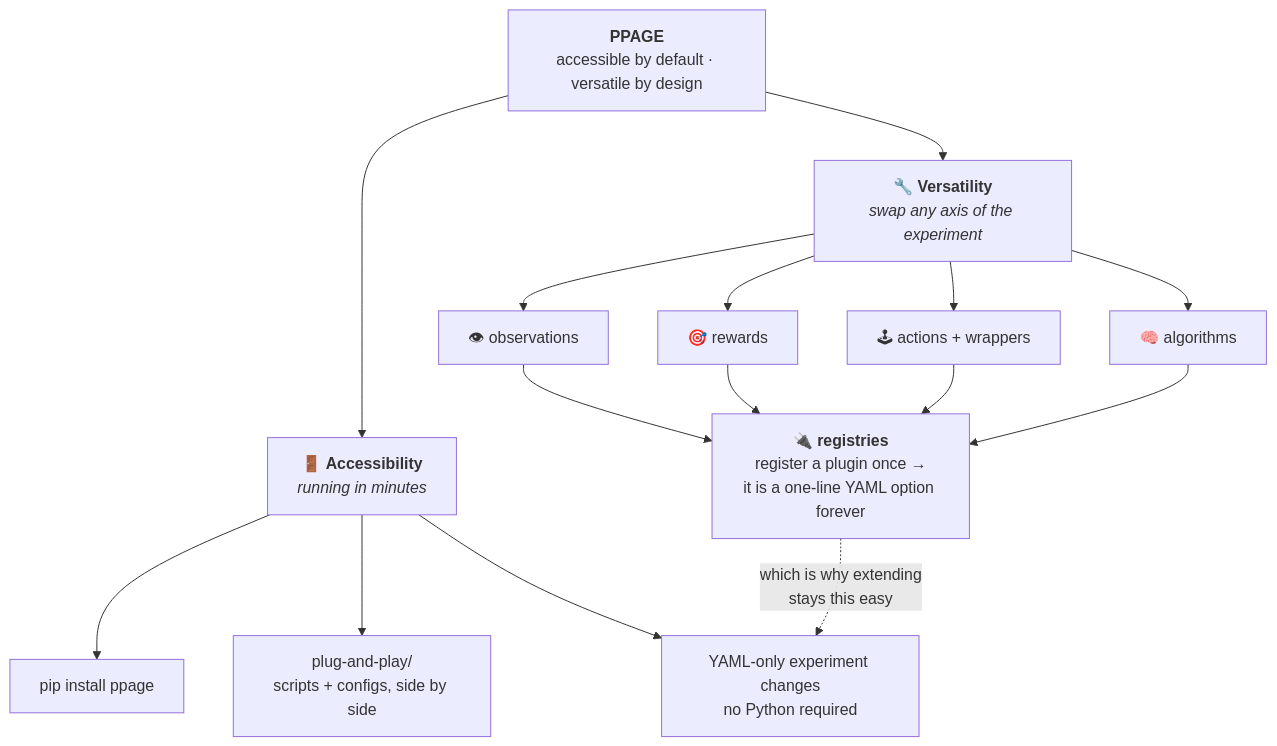
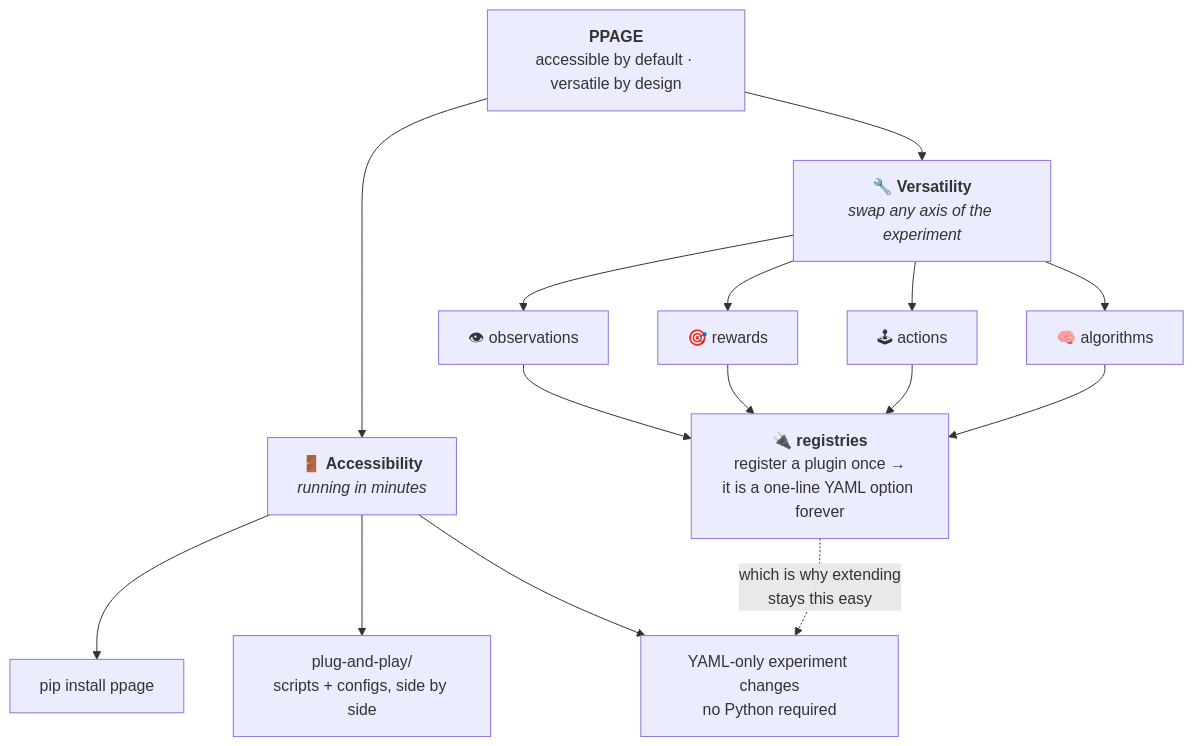
Before and after one commit to ProValarous/Predator-Prey-Archetype-Gridworld-Environment: the diagram in docs/overview/design-philosophy.md, drawn with Mermaid. The commit also changed other lines of this file and 13 other files, not shown here.

````diff
--- a/docs/overview/design-philosophy.md
+++ b/docs/overview/design-philosophy.md
@@ -9,18 +9,18 @@
 ```mermaid
 flowchart TB
     P["<b>PPAGE</b><br/>accessible by default · versatile by design"]
     P --> A["🚪 <b>Accessibility</b><br/><i>running in minutes</i>"]
     P --> V["🔧 <b>Versatility</b><br/><i>swap any axis of the experiment</i>"]
     A --> A1["pip install ppage"]
     A --> A2["plug-and-play/<br/>scripts + configs, side by side"]
     A --> A3["YAML-only experiment changes<br/>no Python required"]
     V --> V1["👁 observations"]
     V --> V2["🎯 rewards"]
-    V --> V3["🕹 actions + wrappers"]
+    V --> V3["🕹 actions"]
     V --> V4["🧠 algorithms"]
     V1 --> R
     V2 --> R
     V3 --> R
     V4 --> R["🔌 <b>registries</b><br/>register a plugin once →<br/>it is a one-line YAML option forever"]
     R -.->|"which is why extending<br/>stays this easy"| A3
 ```
````
